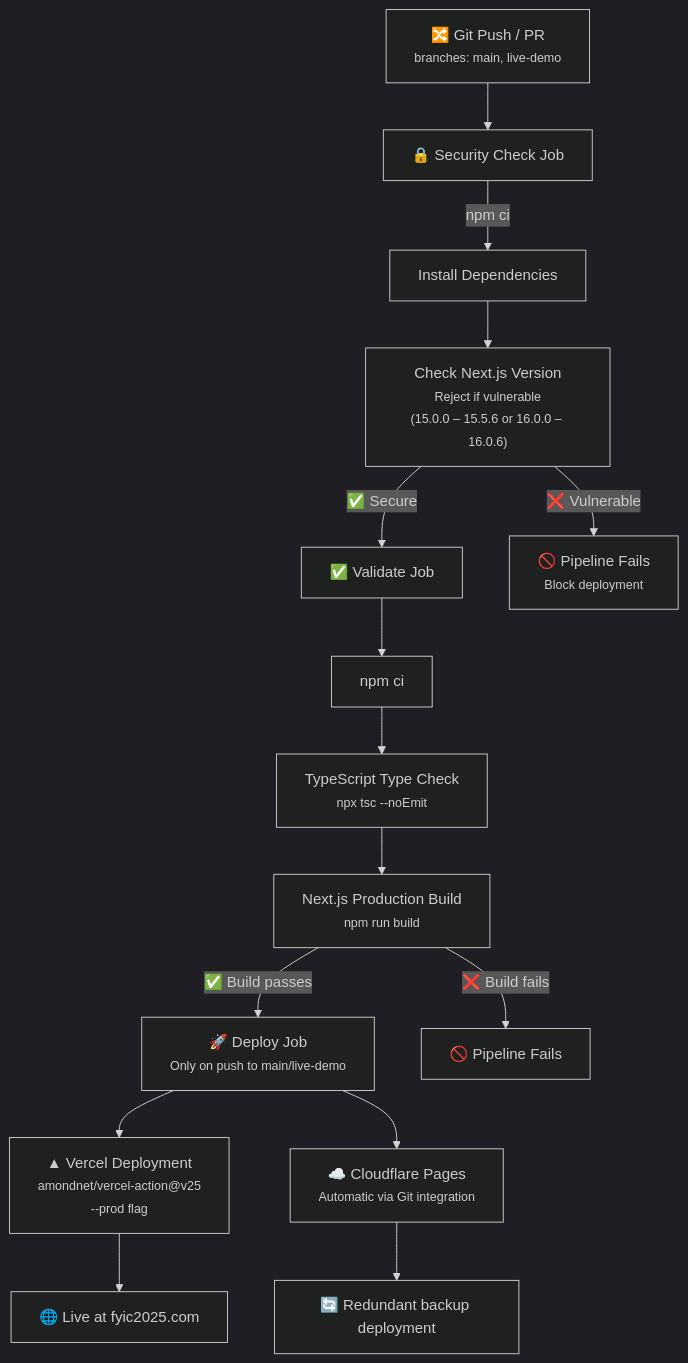
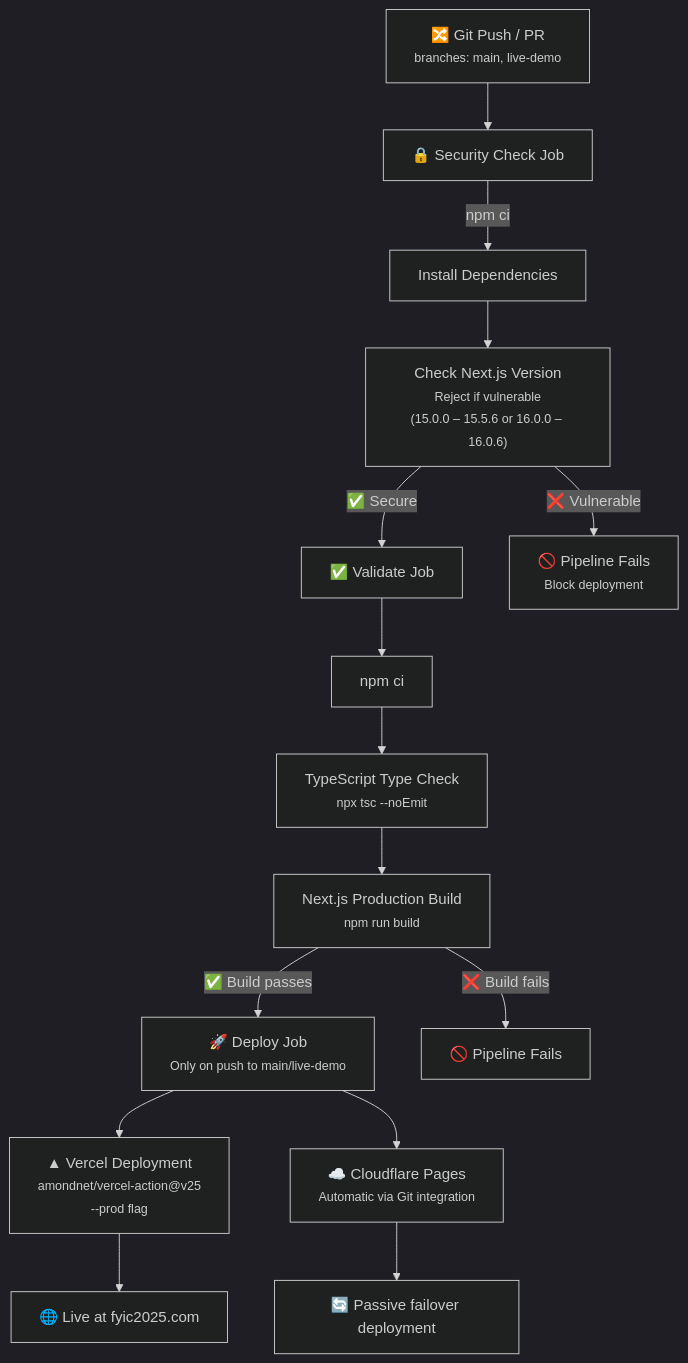
Before and after one commit to johnnietse/2025-fyic: the fifth of 7 diagrams in README.md, drawn with Mermaid (dark theme). The commit also changed other lines of this file, not shown here.

Commit message:
docs: update diagrams and prerequisites to reflect node 22 and passive failover

````diff
--- a/README.md
+++ b/README.md
@@ -273,24 +273,24 @@
 ```mermaid
 flowchart TD
     Push["🔀 Git Push / PR<br/><small>branches: main, live-demo</small>"]
 
     Push --> Security["🔒 Security Check Job"]
     Security --> |"npm ci"| InstallSec["Install Dependencies"]
     InstallSec --> CVECheck["Check Next.js Version<br/><small>Reject if vulnerable<br/>(15.0.0 – 15.5.6 or 16.0.0 – 16.0.6)</small>"]
 
     CVECheck --> |"✅ Secure"| Validate["✅ Validate Job"]
     CVECheck --> |"❌ Vulnerable"| Fail["🚫 Pipeline Fails<br/><small>Block deployment</small>"]
 
     Validate --> InstallVal["npm ci"]
     InstallVal --> TypeCheck["TypeScript Type Check<br/><small>npx tsc --noEmit</small>"]
     TypeCheck --> Build["Next.js Production Build<br/><small>npm run build</small>"]
 
     Build --> |"✅ Build passes"| Deploy["🚀 Deploy Job<br/><small>Only on push to main/live-demo</small>"]
     Build --> |"❌ Build fails"| FailBuild["🚫 Pipeline Fails"]
 
     Deploy --> VercelDeploy["▲ Vercel Deployment<br/><small>amondnet/vercel-action@v25</small><br/><small>--prod flag</small>"]
     Deploy --> CFDeploy["☁️ Cloudflare Pages<br/><small>Automatic via Git integration</small>"]
 
     VercelDeploy --> Live["🌐 Live at fyic2025.com"]
-    CFDeploy --> Backup["🔄 Redundant backup deployment"]
+    CFDeploy --> Backup["🔄 Passive failover deployment"]
 ```
````
